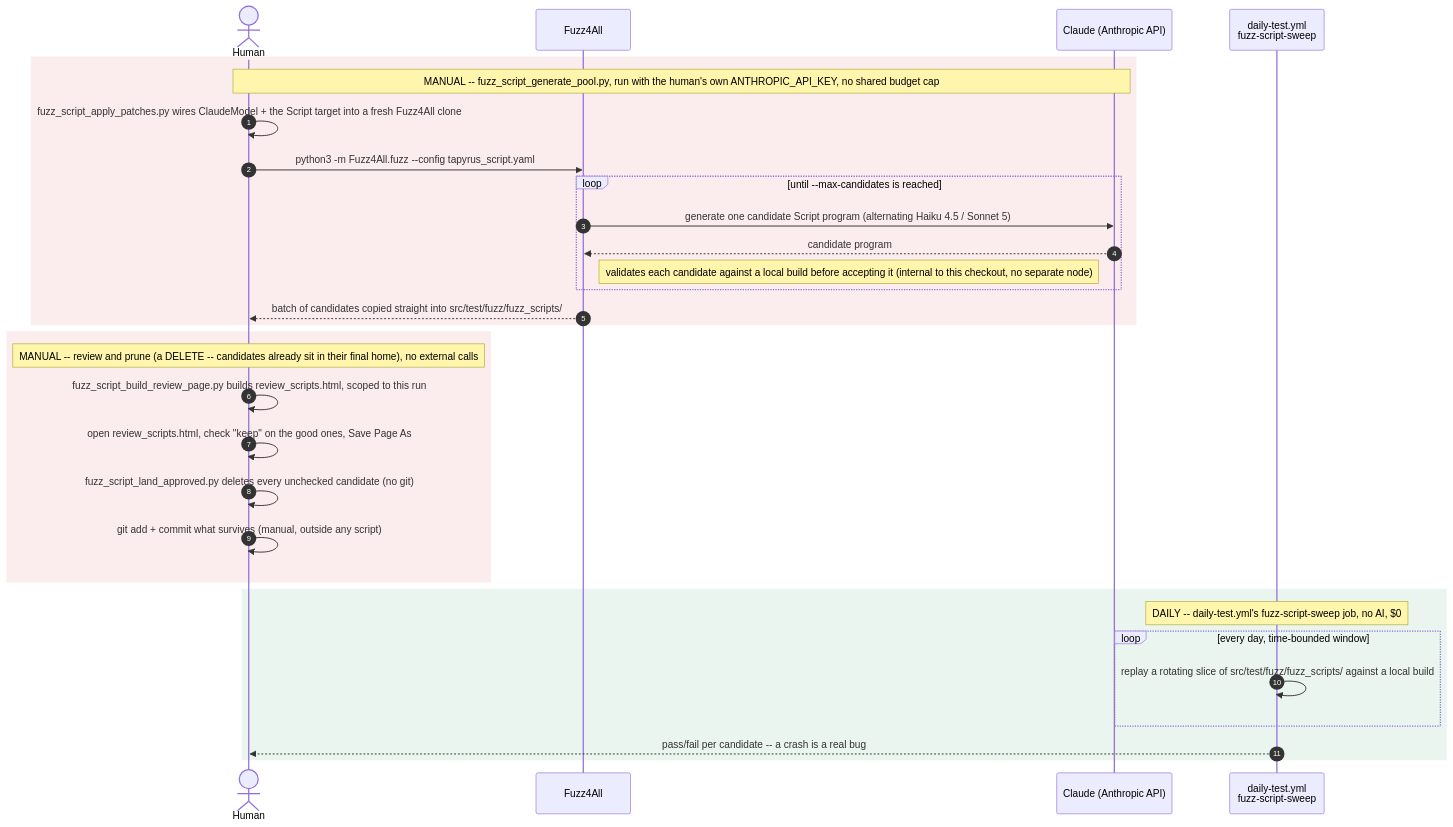
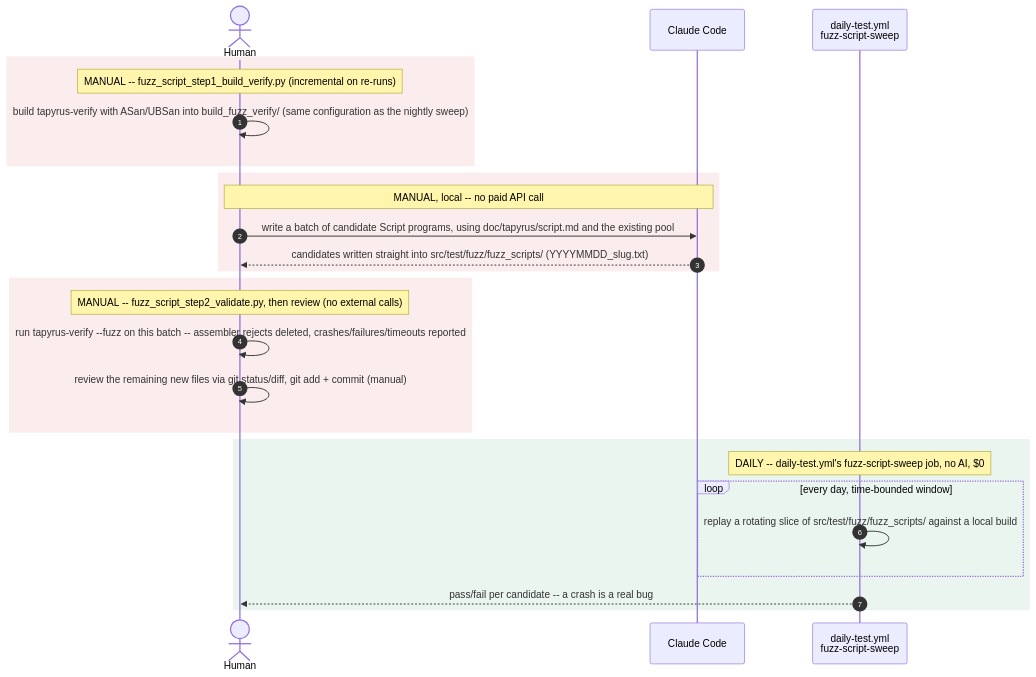
Before and after one commit to chaintope/tapyrus-core: the second of 2 diagrams in contrib/fuzz/PIPELINE.md, drawn with Mermaid. The commit also changed other lines of this file and 19 other files, not shown here.

````diff
--- a/contrib/fuzz/PIPELINE.md
+++ b/contrib/fuzz/PIPELINE.md
@@ -86,36 +84,32 @@
 ```mermaid
 sequenceDiagram
     autonumber
     actor Human
-    participant F4A as Fuzz4All
-    participant Claude as Claude (Anthropic API)
+    participant CC as Claude Code
     participant CI as daily-test.yml<br/>fuzz-script-sweep
 
     rect rgb(251, 236, 238)
-    Note over Human,Claude: MANUAL -- fuzz_script_generate_pool.py, run with the human's own ANTHROPIC_API_KEY, no shared budget cap
-    Human->>Human: fuzz_script_apply_patches.py wires ClaudeModel + the Script target into a fresh Fuzz4All clone
-    Human->>F4A: python3 -m Fuzz4All.fuzz --config tapyrus_script.yaml
-    loop until --max-candidates is reached
-        F4A->>Claude: generate one candidate Script program (alternating Haiku 4.5 / Sonnet 5)
-        Claude-->>F4A: candidate program
-        Note right of F4A: validates each candidate against a local build before accepting it (internal to this checkout, no separate node)
-    end
-    F4A-->>Human: batch of candidates copied straight into src/test/fuzz/fuzz_scripts/
+    Note over Human: MANUAL -- fuzz_script_step1_build_verify.py (incremental on re-runs)
+    Human->>Human: build tapyrus-verify with ASan/UBSan into build_fuzz_verify/ (same configuration as the nightly sweep)
     end
 
     rect rgb(251, 236, 238)
-    Note over Human: MANUAL -- review and prune (a DELETE -- candidates already sit in their final home), no external calls
-    Human->>Human: fuzz_script_build_review_page.py builds review_scripts.html, scoped to this run
-    Human->>Human: open review_scripts.html, check "keep" on the good ones, Save Page As
-    Human->>Human: fuzz_script_land_approved.py deletes every unchecked candidate (no git)
-    Human->>Human: git add + commit what survives (manual, outside any script)
+    Note over Human,CC: MANUAL, local -- no paid API call
+    Human->>CC: write a batch of candidate Script programs, using doc/tapyrus/script.md and the existing pool
+    CC-->>Human: candidates written straight into src/test/fuzz/fuzz_scripts/ (YYYYMMDD_slug.txt)
+    end
+
+    rect rgb(251, 236, 238)
+    Note over Human: MANUAL -- fuzz_script_step2_validate.py, then review (no external calls)
+    Human->>Human: run tapyrus-verify --fuzz on this batch -- assembler rejects deleted, crashes/failures/timeouts reported
+    Human->>Human: review the remaining new files via git status/diff, git add + commit (manual)
     end
 
     rect rgb(234, 245, 239)
     Note over CI: DAILY -- daily-test.yml's fuzz-script-sweep job, no AI, $0
     loop every day, time-bounded window
         CI->>CI: replay a rotating slice of src/test/fuzz/fuzz_scripts/ against a local build
     end
     CI-->>Human: pass/fail per candidate -- a crash is a real bug
     end
 ```
````
